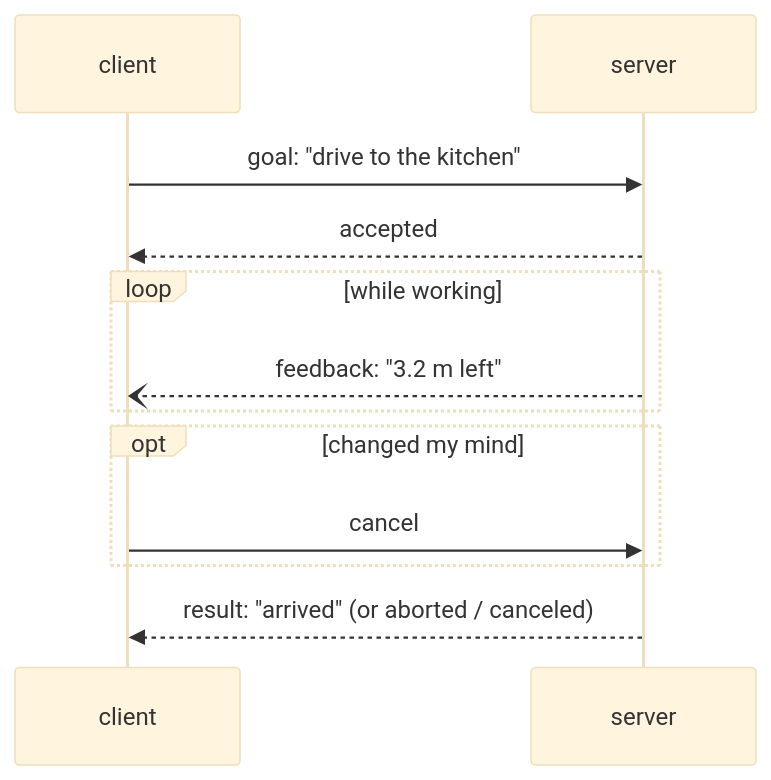
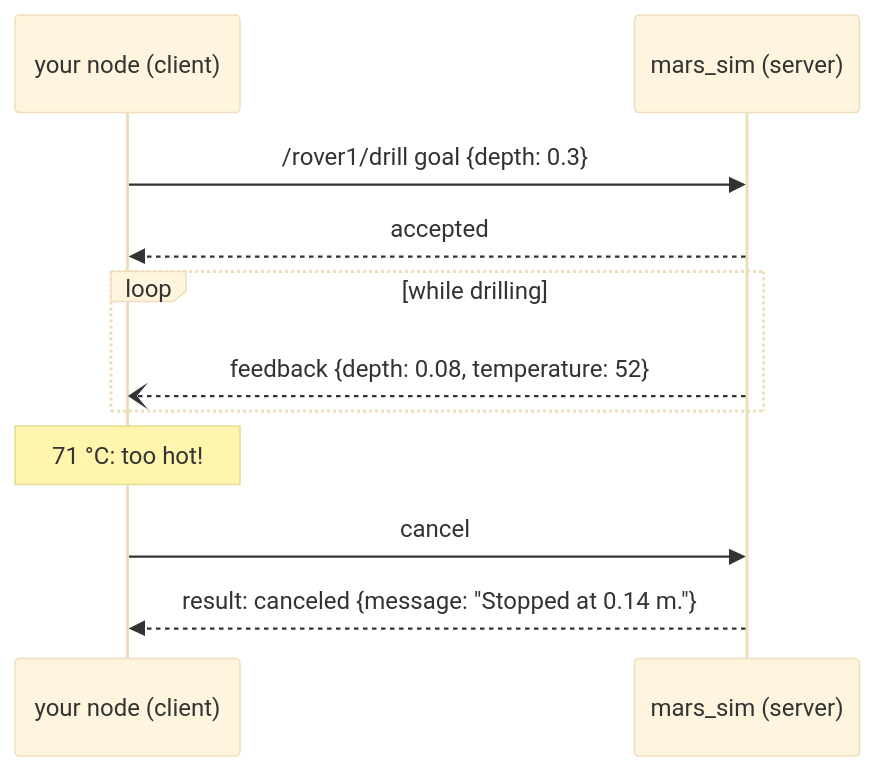
Before and after one commit to kittinook/ros2_tutorial: the fifth of 14 diagrams in ARCHITECTURE.md, drawn with Mermaid (base theme). The commit also changed other lines of this file and 183 other files, not shown here.

First line of the commit message:
Replace Turtle Quest with Mars Rover Academy

````diff
--- a/ARCHITECTURE.md
+++ b/ARCHITECTURE.md
@@ -120,14 +122,13 @@
 ```mermaid
 sequenceDiagram
-    participant C as client
-    participant S as server
-    C->>S: goal: "drive to the kitchen"
+    participant C as your node (client)
+    participant S as mars_sim (server)
+    C->>S: /rover1/drill goal {depth: 0.3}
     S-->>C: accepted
-    loop while working
-        S--)C: feedback: "3.2 m left"
+    loop while drilling
+        S--)C: feedback {depth: 0.08, temperature: 52}
     end
-    opt changed my mind
-        C->>S: cancel
-    end
-    S-->>C: result: "arrived" (or aborted / canceled)
+    Note over C: 71 °C: too hot!
+    C->>S: cancel
+    S-->>C: result: canceled {message: "Stopped at 0.14 m."}
 ```
````
